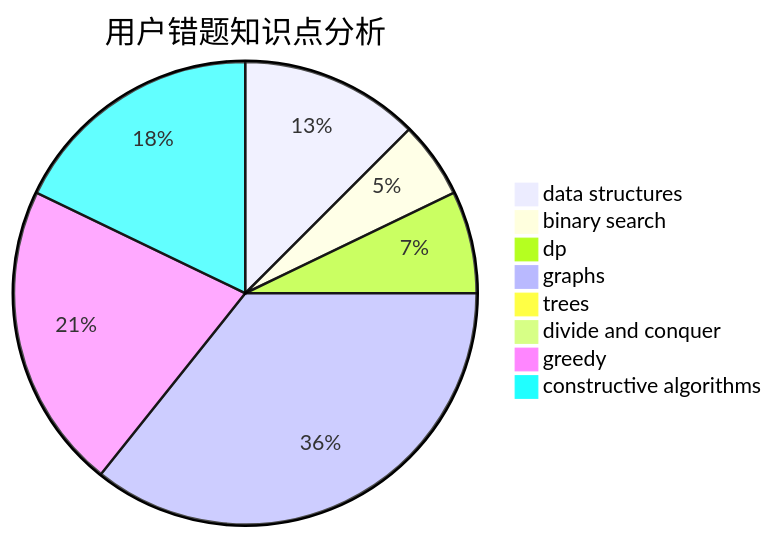
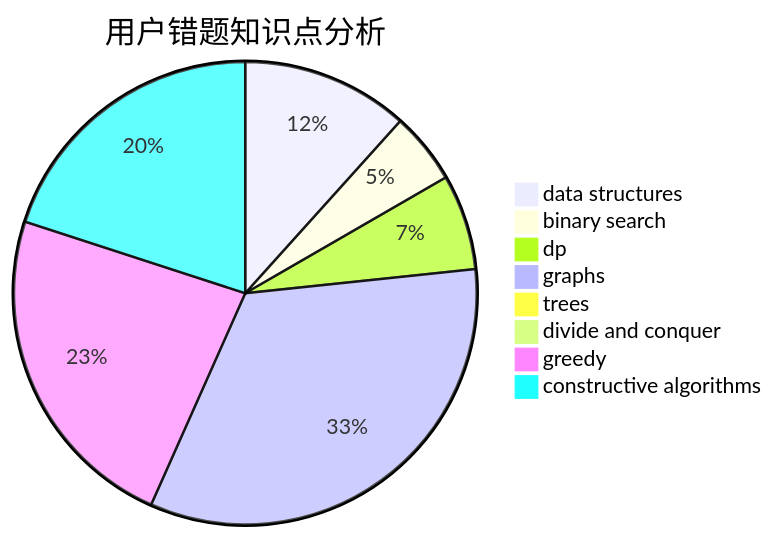
Before and after one commit to sherpahu/cfrs.github.io: the third of 3 diagrams in docs/user/u2131.md, drawn with Mermaid. The commit also changed other lines of this file and 2770 other files, not shown here.

````diff
--- a/docs/user/u2131.md
+++ b/docs/user/u2131.md
@@ -36,11 +36,11 @@
 ```mermaid
 pie title 用户错题知识点分析
     "data structures" :  14
     "binary search" :  6
     "dp" :  8
     "graphs" :  40
     "trees" :  0
     "divide and conquer" :  0
-    "greedy" :  24
-    "constructive algorithms" :  20
+    "greedy" :  28
+    "constructive algorithms" :  24
 ```
````
